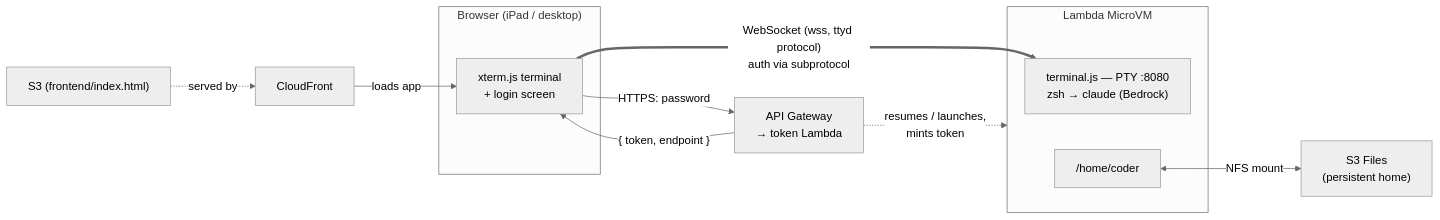
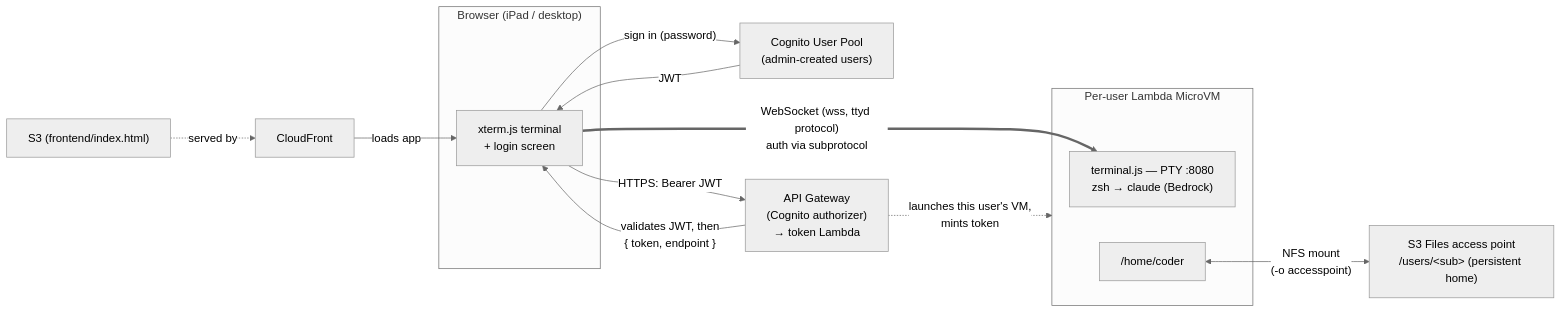
One commit to singledigit/microvm-dev-environment changed the diagram in README.md. Above: the diagram before and after it, drawn with Mermaid (neutral theme). The commit also changed other lines of this file, not shown here.

First line of the commit message:
README: document Cognito auth at API Gateway + per-user MicroVMs

````diff
--- a/README.md
+++ b/README.md
@@ -19,25 +19,28 @@
 ```mermaid
 flowchart LR
     subgraph browser["Browser (iPad / desktop)"]
         UI["xterm.js terminal<br/>+ login screen"]
     end
 
     CF["CloudFront"]
     S3F["S3 (frontend/index.html)"]
-    APIGW["API Gateway<br/>→ token Lambda"]
+    COG["Cognito User Pool<br/>(admin-created users)"]
+    APIGW["API Gateway<br/>(Cognito authorizer)<br/>→ token Lambda"]
 
-    subgraph mvm["Lambda MicroVM"]
+    subgraph mvm["Per-user Lambda MicroVM"]
         TERM["terminal.js — PTY :8080<br/>zsh → claude (Bedrock)"]
         HOME["/home/coder"]
     end
 
-    S3FILES["S3 Files<br/>(persistent home)"]
+    S3FILES["S3 Files access point<br/>/users/&lt;sub&gt; (persistent home)"]
 
     S3F -. served by .-> CF
     CF -->|loads app| UI
-    UI -->|"HTTPS: password"| APIGW
-    APIGW -->|"{ token, endpoint }"| UI
+    UI -->|"sign in (password)"| COG
+    COG -->|JWT| UI
+    UI -->|"HTTPS: Bearer JWT"| APIGW
+    APIGW -->|"validates JWT, then<br/>{ token, endpoint }"| UI
     UI ==>|"WebSocket (wss, ttyd protocol)<br/>auth via subprotocol"| TERM
-    APIGW -. "resumes / launches,<br/>mints token" .-> mvm
-    HOME <-->|NFS mount| S3FILES
+    APIGW -. "launches this user's VM,<br/>mints token" .-> mvm
+    HOME <-->|"NFS mount<br/>(-o accesspoint)"| S3FILES
 ```
````
